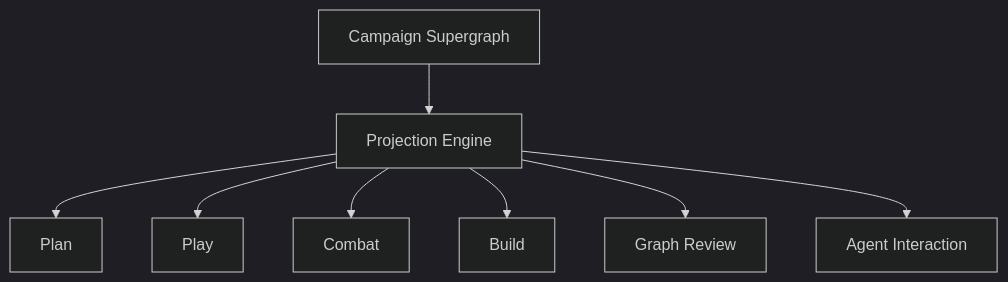
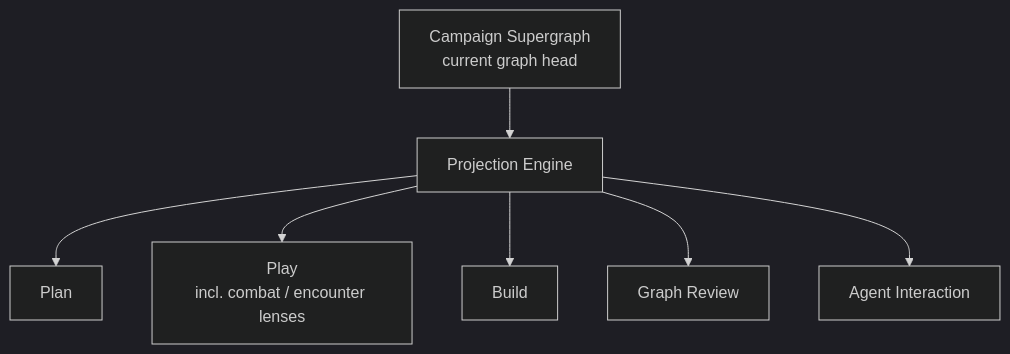
Before and after one commit to Drakosfire/DungeonMindBuddy: the second of 2 diagrams in Docs/Design/ARCHITECTURE-campaign-supergraph.md, drawn with Mermaid (dark theme). The commit also changed other lines of this file and 4 other files, not shown here.

````diff
--- a/Docs/Design/ARCHITECTURE-campaign-supergraph.md
+++ b/Docs/Design/ARCHITECTURE-campaign-supergraph.md
@@ -183,10 +192,9 @@
 ```mermaid
 flowchart TD
-  G[Campaign Supergraph] --> P[Projection Engine]
+  G[Campaign Supergraph<br/>current graph head] --> P[Projection Engine]
   P --> Plan[Plan]
-  P --> Play[Play]
-  P --> Combat[Combat]
+  P --> Play[Play<br/>incl. combat / encounter lenses]
   P --> Build[Build]
   P --> Review[Graph Review]
   P --> Agent[Agent Interaction]
 ```
````
